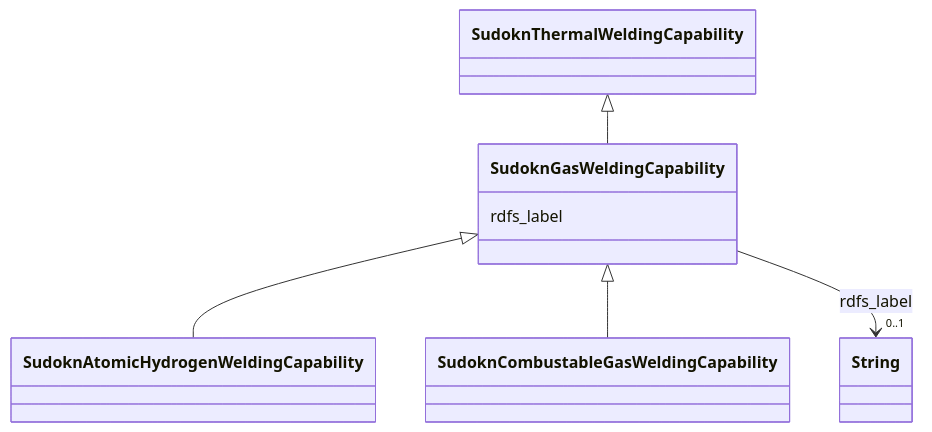
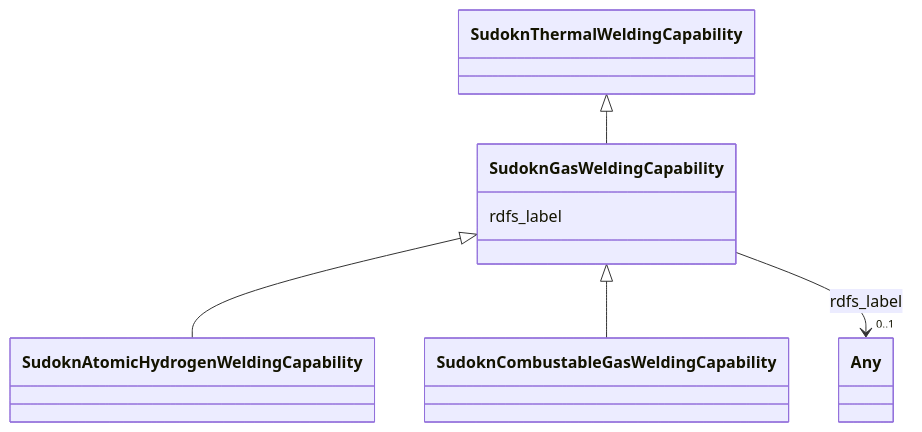
The diagram in sudokn-kg/classes/SudoknGasWeldingCapability.md (frink-okn/graph-descriptions), drawn with Mermaid before and after one commit. The commit also changed other lines of this file and 903 other files, not shown here.

````diff
--- a/sudokn-kg/classes/SudoknGasWeldingCapability.md
+++ b/sudokn-kg/classes/SudoknGasWeldingCapability.md
@@ -23,25 +16,25 @@
 ```mermaid
  classDiagram
     class SudoknGasWeldingCapability
     click SudoknGasWeldingCapability href "../SudoknGasWeldingCapability"
       SudoknThermalWeldingCapability <|-- SudoknGasWeldingCapability
         click SudoknThermalWeldingCapability href "../SudoknThermalWeldingCapability"
       
 
       SudoknGasWeldingCapability <|-- SudoknAtomicHydrogenWeldingCapability
         click SudoknAtomicHydrogenWeldingCapability href "../SudoknAtomicHydrogenWeldingCapability"
       SudoknGasWeldingCapability <|-- SudoknCombustableGasWeldingCapability
         click SudoknCombustableGasWeldingCapability href "../SudoknCombustableGasWeldingCapability"
       
       
       SudoknGasWeldingCapability : rdfs_label
         
           
     
     
-    SudoknGasWeldingCapability --> "0..1" String : rdfs_label
-    click String href "../String"
+    SudoknGasWeldingCapability --> "0..1" Any : rdfs_label
+    click Any href "../Any"
 
         
       
 ```
````
